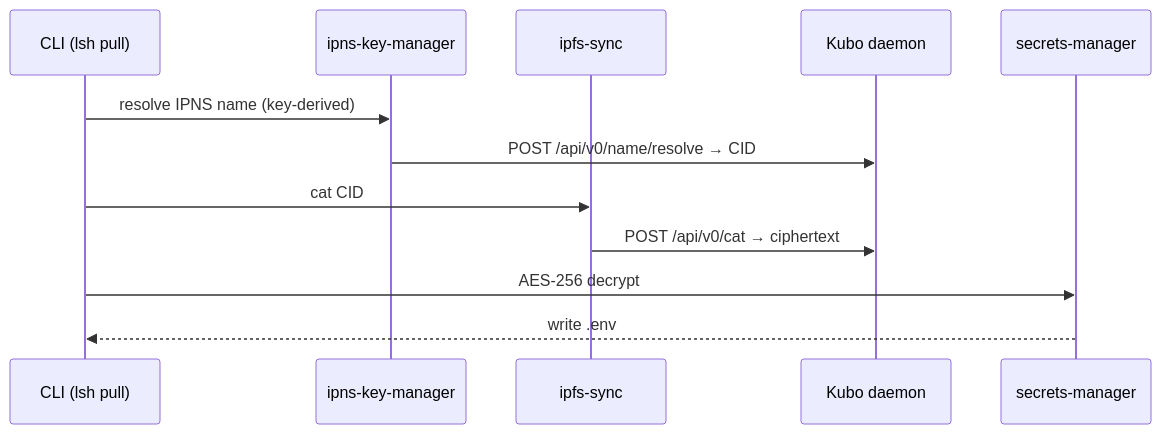
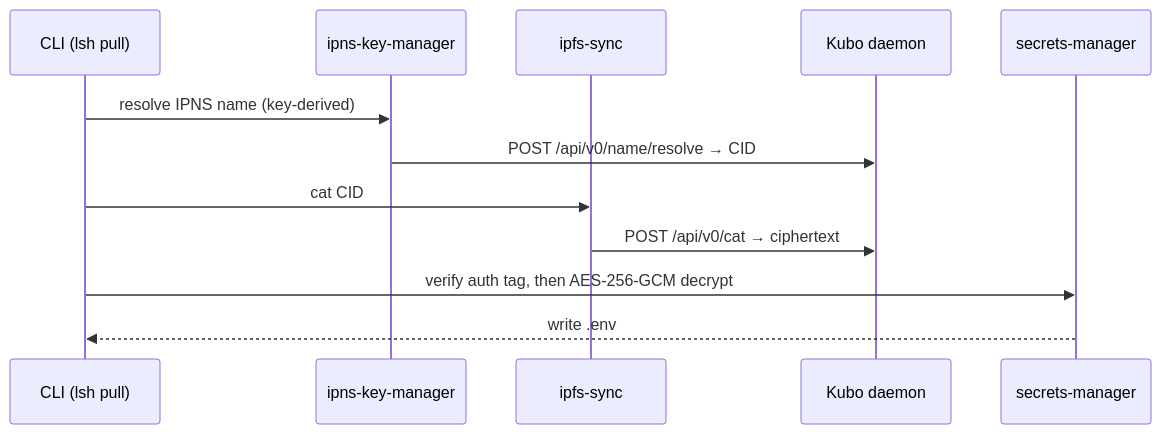
One commit to gwicho38/lsh changed the third of 3 diagrams in docs/ARCHITECTURE.md. Above: the diagram before and after it, drawn with Mermaid. The commit also changed other lines of this file and 18 other files, not shown here.

````diff
--- a/docs/ARCHITECTURE.md
+++ b/docs/ARCHITECTURE.md
@@ -156,15 +158,15 @@
 ```mermaid
 sequenceDiagram
     participant U as CLI (lsh pull)
     participant N as ipns-key-manager
     participant Sy as ipfs-sync
     participant Kubo as Kubo daemon
     participant S as secrets-manager
 
     U->>N: resolve IPNS name (key-derived)
     N->>Kubo: POST /api/v0/name/resolve → CID
     U->>Sy: cat CID
     Sy->>Kubo: POST /api/v0/cat → ciphertext
-    U->>S: AES-256 decrypt
+    U->>S: verify auth tag, then AES-256-GCM decrypt
     S-->>U: write .env
 ```
````
